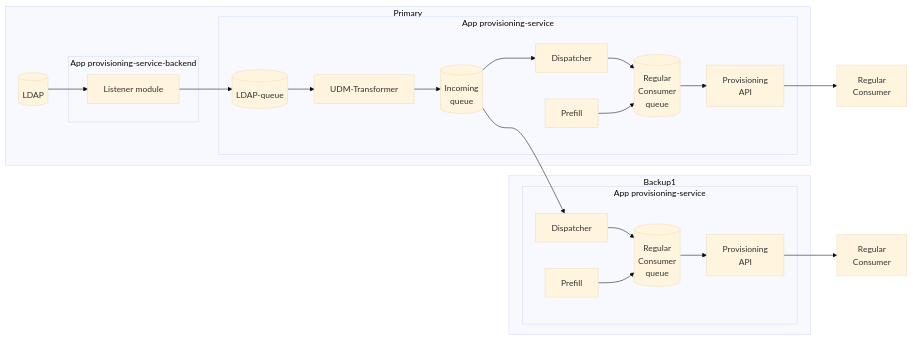
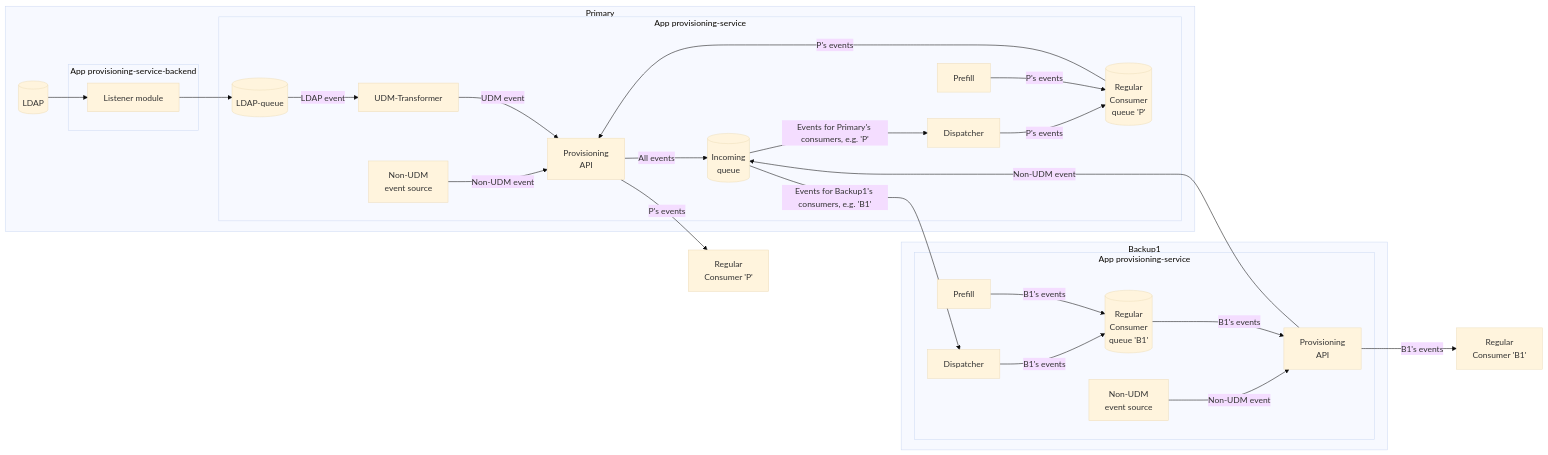
Before and after one commit to univention/provisioning-api: the diagram in docs/ucs/architecture.md, drawn with Mermaid (base theme). The commit also changed other lines of this file and 3 other files, not shown here.

Commit message:
doc: include non-UDM events in architecture docs

````diff
--- a/docs/ucs/architecture.md
+++ b/docs/ucs/architecture.md
@@ -13,61 +26,68 @@
 ```mermaid
 flowchart LR
     RegularConsumer["Regular
-        Consumer"]
+        Consumer 'P'"]
     B1_RegularConsumer["Regular
-        Consumer"]
+        Consumer 'B1'"]
     subgraph Primary["Primary"]
         LDAP[(LDAP)]
         subgraph provisioning-service-backend["App provisioning-service-backend"]
             Listener[Listener module]
         end
         LDAPQueue[(LDAP-queue)]
 
 
         subgraph provisioning-service["App provisioning-service"]
             Transformer[UDM-Transformer]
             InQueue[("Incoming
             queue")]
             Prefill[Prefill]
             Dispatcher[Dispatcher]
             RegularConsumerQueue[("Regular
             Consumer
-            queue")]
+            queue 'P'")]
             ProvisioningAPI["Provisioning
             API"]
+            NonUDM["Non-UDM
+            event source"]
 
             Listener --> LDAPQueue
-            LDAPQueue --> Transformer --> InQueue
-            InQueue --> Dispatcher
-            Dispatcher --> RegularConsumerQueue
-            Prefill --> RegularConsumerQueue
-            RegularConsumerQueue --> ProvisioningAPI 
+            NonUDM --> |Non-UDM event| ProvisioningAPI
+            LDAPQueue --> |LDAP event| Transformer --> |UDM event| ProvisioningAPI --> |All events| InQueue
+            InQueue --> |Events for Primary's consumers, e.g. 'P'| Dispatcher
+            Dispatcher --> |P's events| RegularConsumerQueue
+            Prefill --> |P's events| RegularConsumerQueue
+            RegularConsumerQueue --> |P's events| ProvisioningAPI 
         end
 
         LDAP --> Listener
     end
 
     subgraph Backup1["Backup1"]
 
         subgraph B1_provisioning-service["App provisioning-service"]
-            B1_Dispatcher[Dispatcher]
+            B1_Dispatcher[ Dispatcher]
             B1_Prefill[Prefill]
             B1_RegularConsumerQueue[("Regular
             Consumer
-            queue")]
+            queue 'B1'")]
             B1_ProvisioningAPI["Provisioning
             API"]
+            B1_NonUDM["Non-UDM
+            event source"]
 
 
-            B1_Dispatcher --> B1_RegularConsumerQueue
-            B1_Prefill --> B1_RegularConsumerQueue
-            B1_RegularConsumerQueue --> B1_ProvisioningAPI
+            B1_Dispatcher --> |B1's events| B1_RegularConsumerQueue
+            B1_Prefill --> |B1's events| B1_RegularConsumerQueue
+            B1_NonUDM --> |Non-UDM event| B1_ProvisioningAPI
+            B1_RegularConsumerQueue --> |B1's events| B1_ProvisioningAPI
+            B1_ProvisioningAPI --> |Non-UDM event| InQueue
         end
     end
 
-    InQueue --> B1_Dispatcher
+    InQueue --> |Events for Backup1's consumers, e.g. 'B1'| B1_Dispatcher
     InQueue
     B1_Prefill
-    ProvisioningAPI --> RegularConsumer
-    B1_ProvisioningAPI --> B1_RegularConsumer
+    ProvisioningAPI --> |P's events| RegularConsumer
+    B1_ProvisioningAPI --> |B1's events| B1_RegularConsumer
 ```
````
